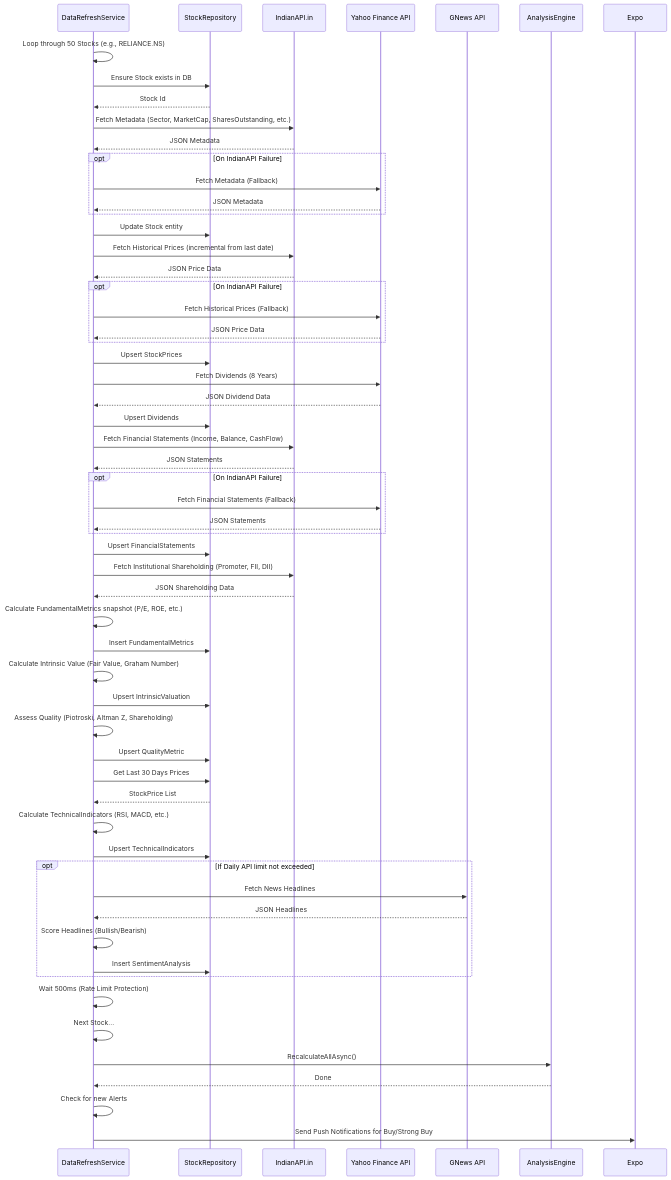
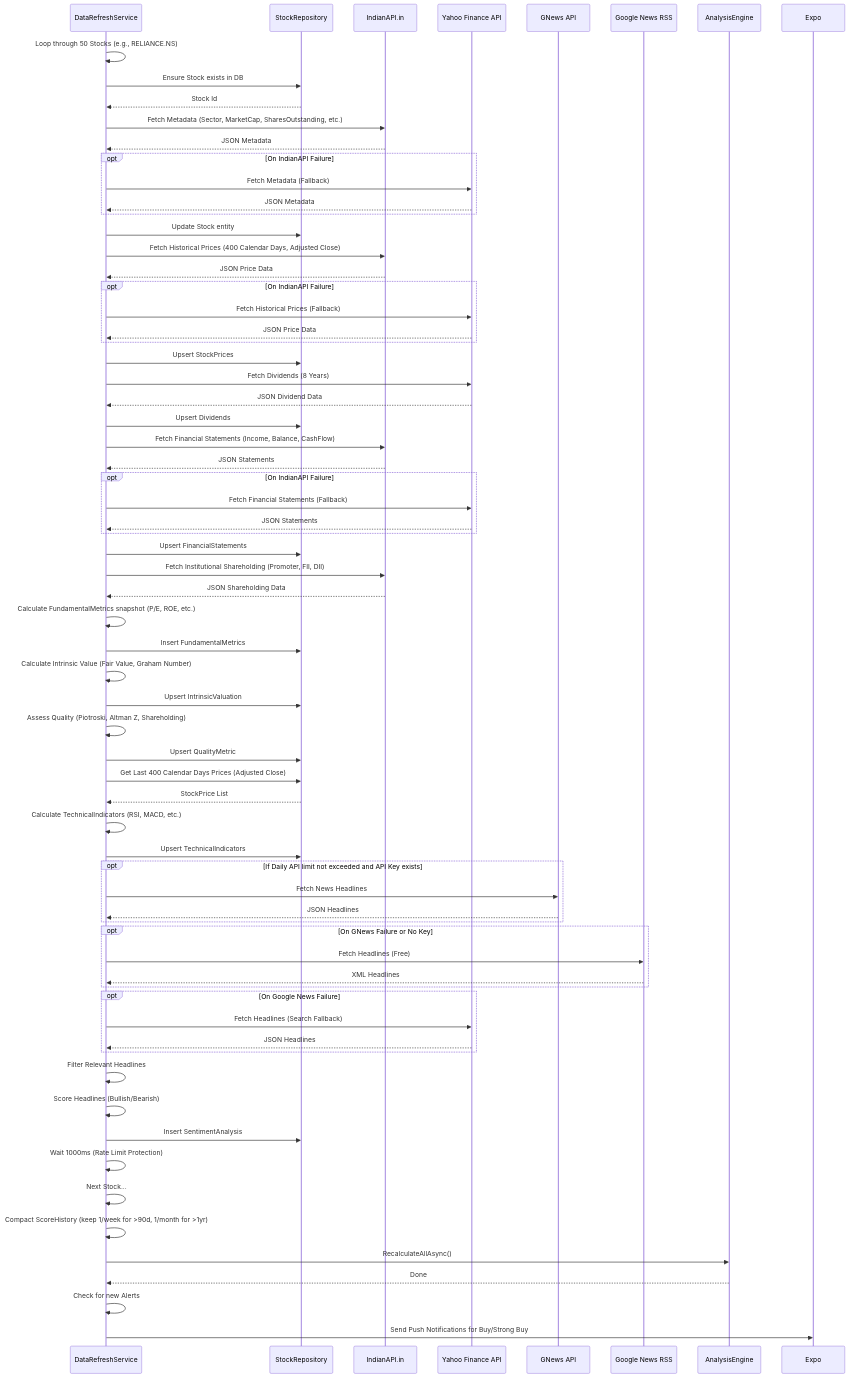
The diagram in docs/data_refresh_flow.md (kausaur/stockfinder), drawn with Mermaid before and after one commit. The commit also changed other lines of this file and 5 other files, not shown here.

```diff
--- a/docs/data_refresh_flow.md
+++ b/docs/data_refresh_flow.md
@@ -11,6 +11,7 @@
     participant IndianAPI as IndianAPI.in
     participant Yahoo as Yahoo Finance API
     participant GNews as GNews API
+    participant GoogleNewsRSS as Google News RSS
     participant Engine as AnalysisEngine
 
     Worker->>Worker: Loop through 50 Stocks (e.g., RELIANCE.NS)
@@ -28,7 +29,7 @@
     Worker->>Repo: Update Stock entity
     
     %% Price Data Fetching
-    Worker->>IndianAPI: Fetch Historical Prices (incremental from last date)
+    Worker->>IndianAPI: Fetch Historical Prices (400 Calendar Days, Adjusted Close)
     IndianAPI-->>Worker: JSON Price Data
     opt On IndianAPI Failure
         Worker->>Yahoo: Fetch Historical Prices (Fallback)
@@ -63,21 +64,33 @@
     Worker->>Repo: Upsert QualityMetric
 
     %% Technicals
-    Worker->>Repo: Get Last 30 Days Prices
+    Worker->>Repo: Get Last 400 Calendar Days Prices (Adjusted Close)
     Repo-->>Worker: StockPrice List
     Worker->>Worker: Calculate TechnicalIndicators (RSI, MACD, etc.)
     Worker->>Repo: Upsert TechnicalIndicators
     
     %% Sentiment (With Rate Limit Protection)
-    opt If Daily API limit not exceeded
+    opt If Daily API limit not exceeded and API Key exists
         Worker->>GNews: Fetch News Headlines
         GNews-->>Worker: JSON Headlines
-        Worker->>Worker: Score Headlines (Bullish/Bearish)
-        Worker->>Repo: Insert SentimentAnalysis
     end
+    opt On GNews Failure or No Key
+        Worker->>GoogleNewsRSS: Fetch Headlines (Free)
+        GoogleNewsRSS-->>Worker: XML Headlines
+    end
+    opt On Google News Failure
+        Worker->>Yahoo: Fetch Headlines (Search Fallback)
+        Yahoo-->>Worker: JSON Headlines
+    end
+    Worker->>Worker: Filter Relevant Headlines
+    Worker->>Worker: Score Headlines (Bullish/Bearish)
+    Worker->>Repo: Insert SentimentAnalysis
     
-    Worker->>Worker: Wait 500ms (Rate Limit Protection)
+    Worker->>Worker: Wait 1000ms (Rate Limit Protection)
     Worker->>Worker: Next Stock...
+    
+    %% Post-processing
+    Worker->>Worker: Compact ScoreHistory (keep 1/week for >90d, 1/month for >1yr)
     
     %% Analysis phase
     Worker->>Engine: RecalculateAllAsync()
```
